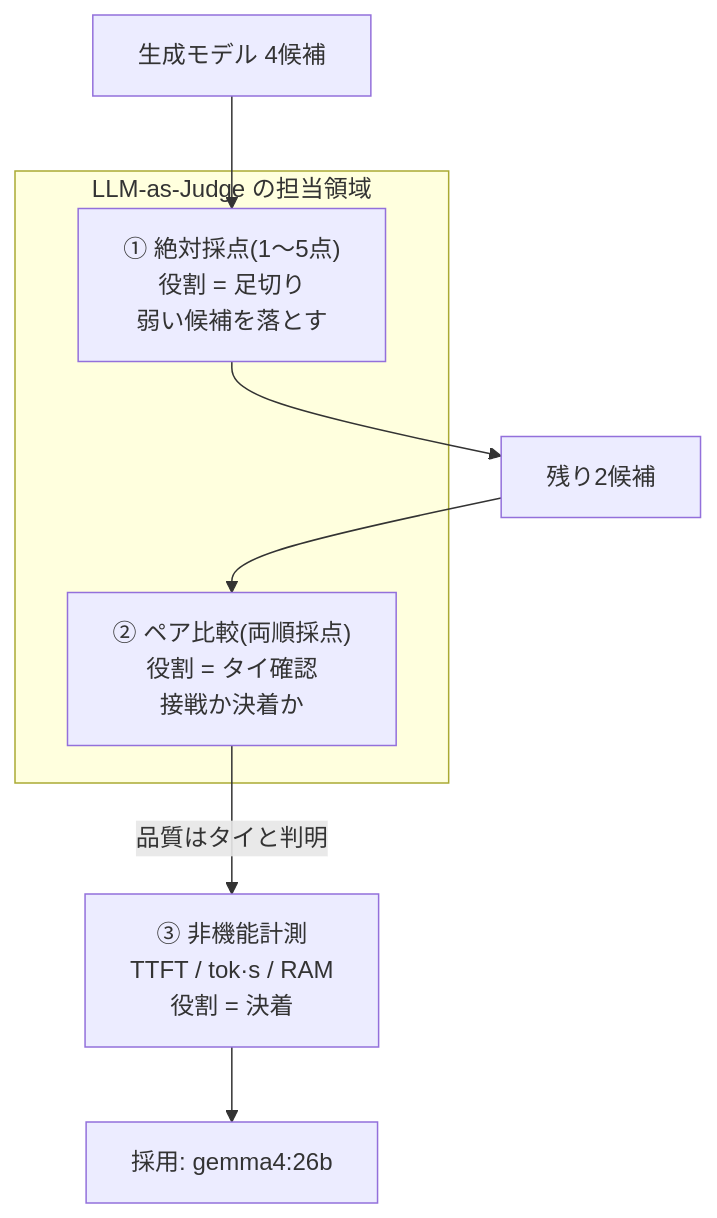
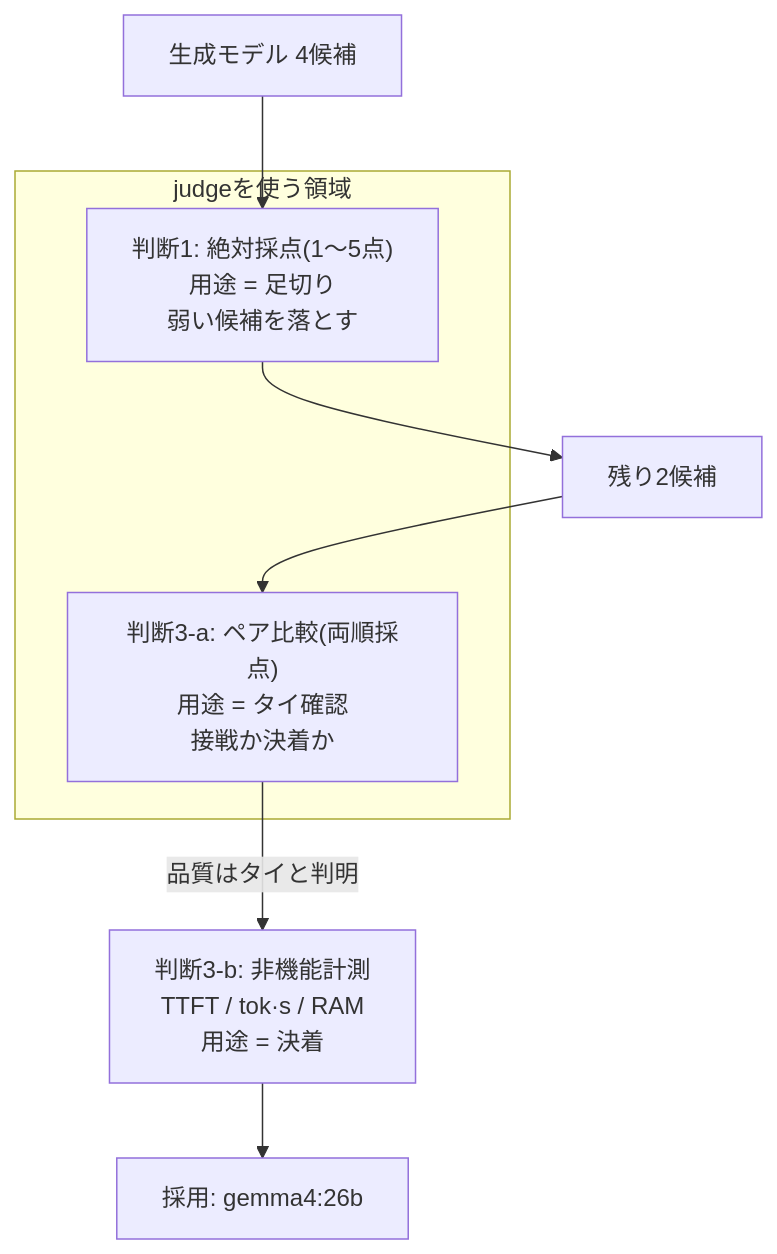
The diagram in articles/llm-as-judge.md (yuya0408/zenn-content), drawn with Mermaid before and after one commit. The commit also changed other lines of this file, not shown here.

First line of the commit message:
LLM-as-Judge記事を技術判断ニュアンスへ再編

````diff
--- a/articles/llm-as-judge.md
+++ b/articles/llm-as-judge.md
@@ -13,12 +17,12 @@
 ```mermaid
 flowchart TD
     A["生成モデル 4候補"]
-    subgraph J["LLM-as-Judge の担当領域"]
-        B["① 絶対採点(1〜5点)<br/>役割 = 足切り<br/>弱い候補を落とす"]
-        D["② ペア比較(両順採点)<br/>役割 = タイ確認<br/>接戦か決着か"]
+    subgraph J["judgeを使う領域"]
+        B["判断1: 絶対採点(1〜5点)<br/>用途 = 足切り<br/>弱い候補を落とす"]
+        D["判断3-a: ペア比較(両順採点)<br/>用途 = タイ確認<br/>接戦か決着か"]
     end
-    F["③ 非機能計測<br/>TTFT / tok·s / RAM<br/>役割 = 決着"]
+    F["判断3-b: 非機能計測<br/>TTFT / tok·s / RAM<br/>用途 = 決着"]
     A --> B --> C["残り2候補"] --> D
     D -->|"品質はタイと判明"| F
     F --> G["採用: gemma4:26b"]
 ```
````
